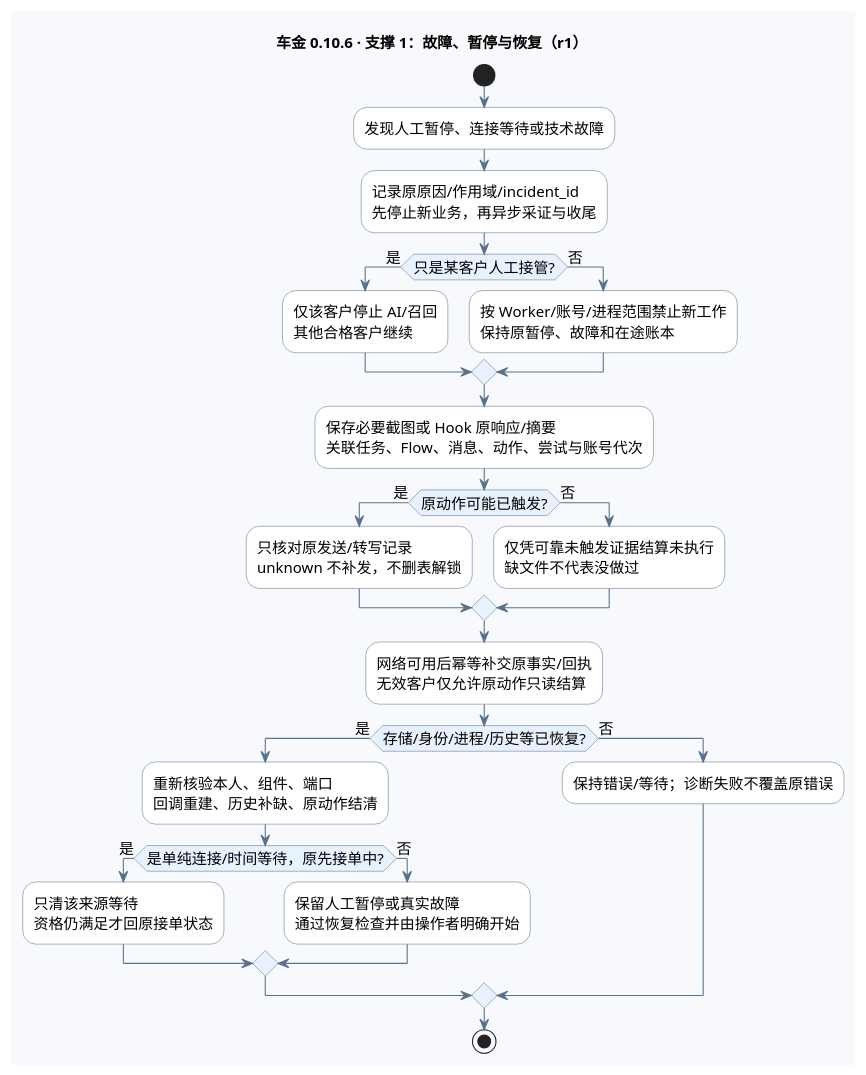
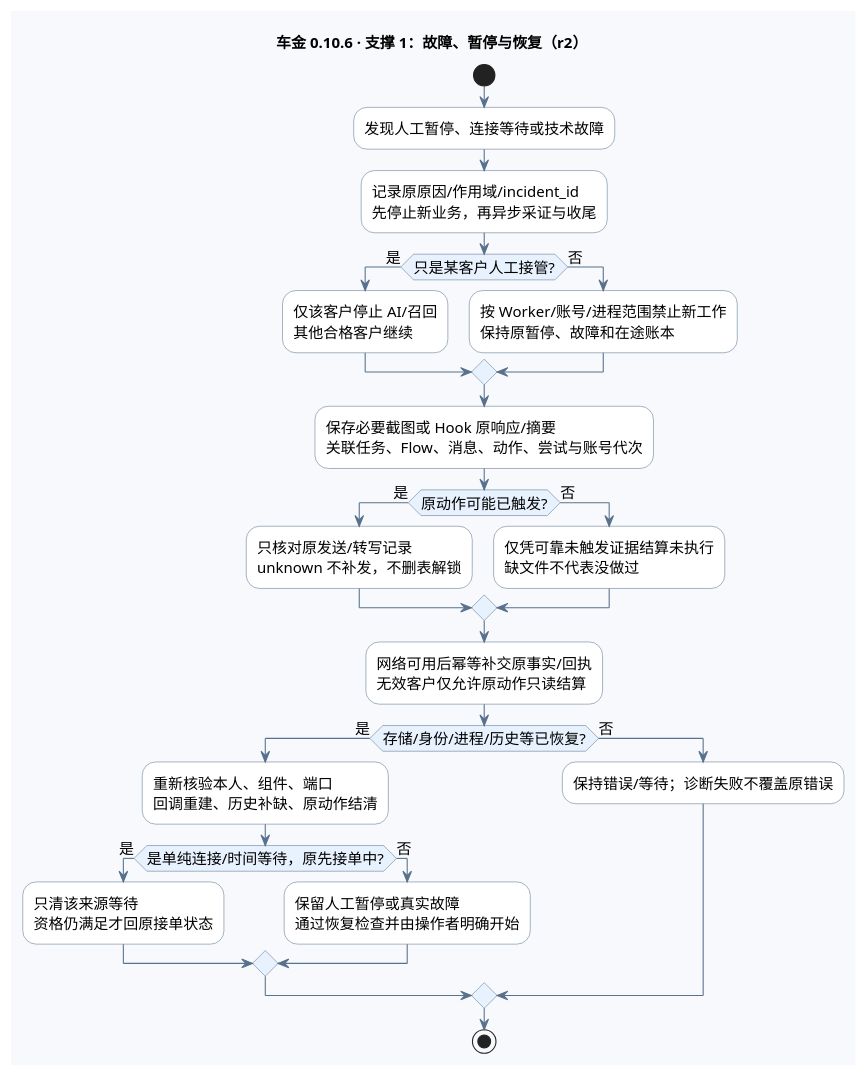
Before and after one commit to edwardzhang0304/chejin-ai-sales: the second of 4 diagrams in deliverables/AI智能客服售前跟进系统_全流程图_v0.10.6.puml, drawn with PlantUML. The commit also changed other lines of this file and 8 other files, not shown here.

```diff
--- a/deliverables/AI智能客服售前跟进系统_全流程图_v0.10.6.puml
+++ b/deliverables/AI智能客服售前跟进系统_全流程图_v0.10.6.puml
@@ -183,51 +183,51 @@
 @startuml fault
 !pragma layout smetana
 skinparam defaultFontName "PingFang SC"
 skinparam defaultFontSize 14
 skinparam backgroundColor #F7F9FC
 skinparam shadowing false
 skinparam activityBackgroundColor #FFFFFF
 skinparam activityBorderColor #58718C
 skinparam activityDiamondBackgroundColor #E8F2FE
 skinparam activityDiamondBorderColor #58718C
 skinparam ArrowColor #58718C
 skinparam noteBackgroundColor #FFF4D9
 skinparam noteBorderColor #CDA556
-title 车金 0.10.6 · 支撑 1：故障、暂停与恢复（r1）
+title 车金 0.10.6 · 支撑 1：故障、暂停与恢复（r2）
 start
 :发现人工暂停、连接等待或技术故障;
 :记录原原因/作用域/incident_id
 先停止新业务，再异步采证与收尾;
 if (只是某客户人工接管?) then (是)
   :仅该客户停止 AI/召回
 其他合格客户继续;
 else (否)
   :按 Worker/账号/进程范围禁止新工作
 保持原暂停、故障和在途账本;
 endif
 :保存必要截图或 Hook 原响应/摘要
 关联任务、Flow、消息、动作、尝试与账号代次;
 if (原动作可能已触发?) then (是)
   :只核对原发送/转写记录
 unknown 不补发，不删表解锁;
 else (否)
   :仅凭可靠未触发证据结算未执行
 缺文件不代表没做过;
 endif
 :网络可用后幂等补交原事实/回执
 无效客户仅允许原动作只读结算;
 if (存储/身份/进程/历史等已恢复?) then (是)
   :重新核验本人、组件、端口
 回调重建、历史补缺、原动作结清;
   if (是单纯连接/时间等待，原先接单中?) then (是)
     :只清该来源等待
 资格仍满足才回原接单状态;
   else (否)
     :保留人工暂停或真实故障
 通过恢复检查并由操作者明确开始;
   endif
 else (否)
   :保持错误/等待；诊断失败不覆盖原错误;
 endif
 stop
 @enduml
```
